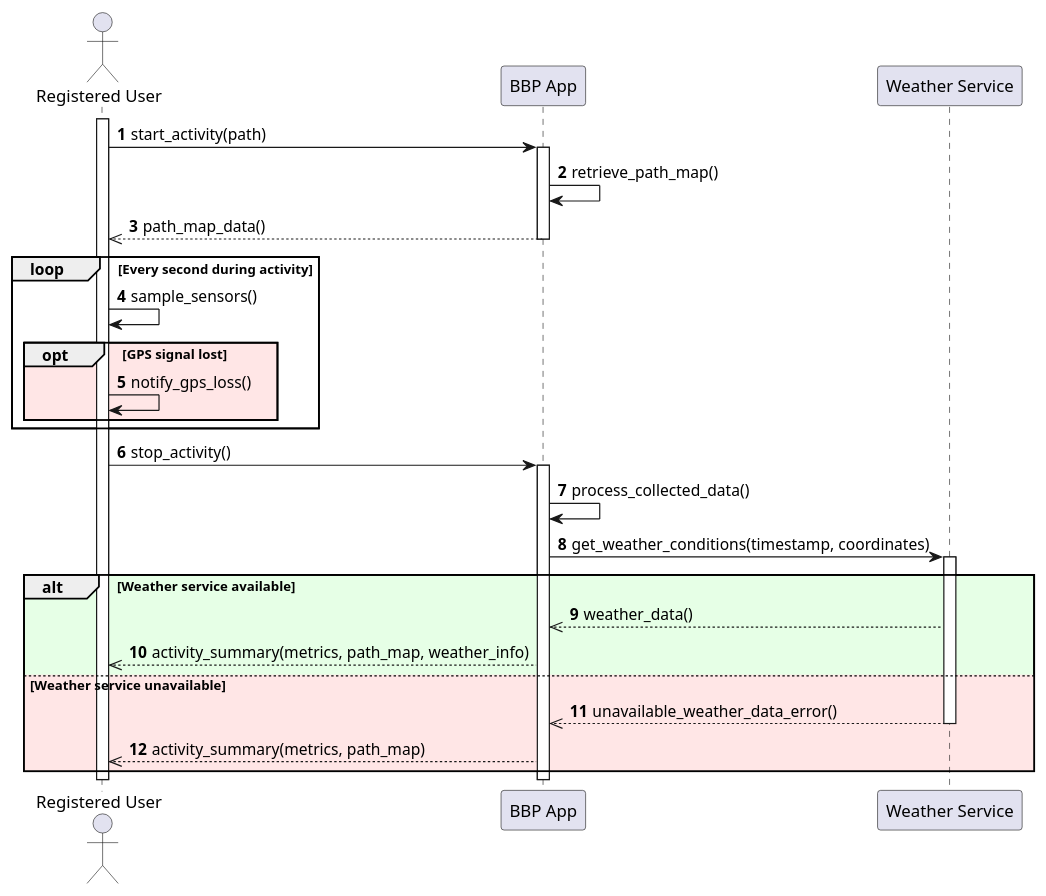
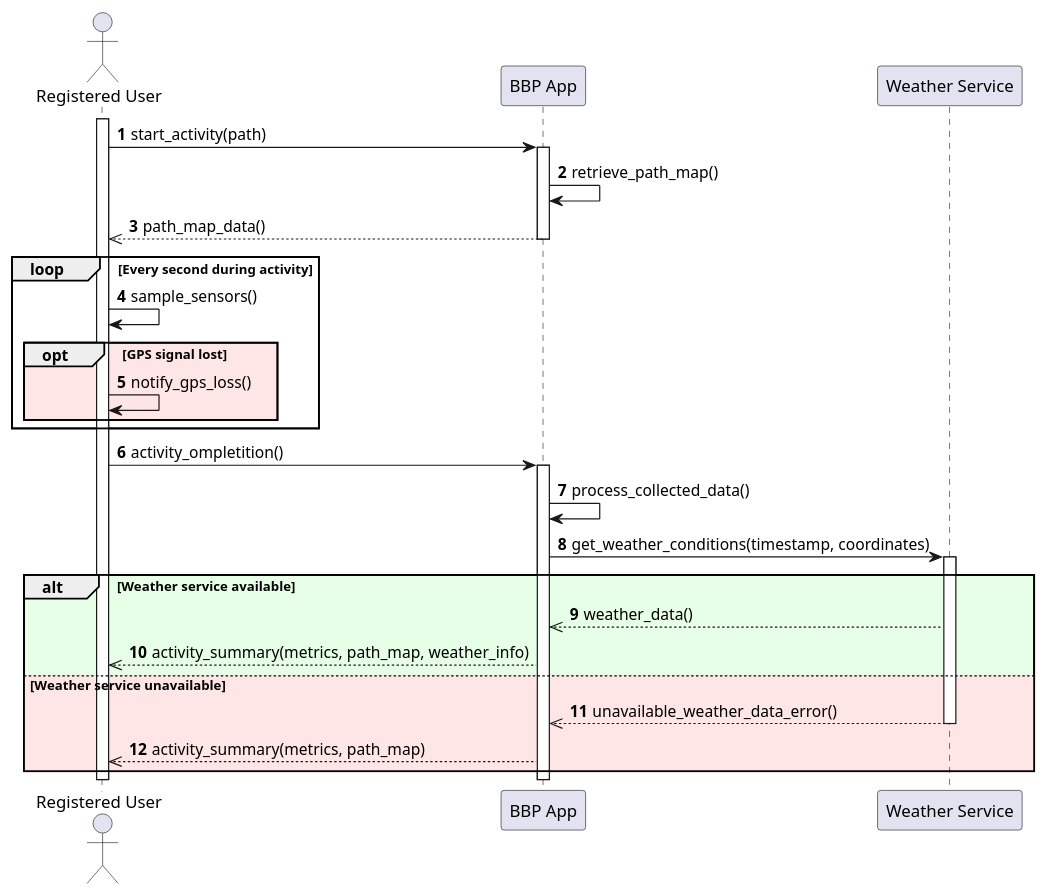
The diagram in diagrams/RASD/sequence diagram/UC10_sequence_diagram.puml (Guflie/PoliMi-SWE2-RDD-project), drawn with PlantUML before and after one commit. The commit also changed 16 other files, not shown here.

Commit message:
[RASD] Updated and fixed Sequence Diagrams

```diff
--- a/diagrams/RASD/sequence diagram/UC10_sequence_diagram.puml
+++ b/diagrams/RASD/sequence diagram/UC10_sequence_diagram.puml
@@ -1,44 +1,44 @@
 @startuml uc10_trip_monitoring
 actor "Registered User" as User
 participant "BBP App" as App
 participant "Weather Service" as Weather
 
 autonumber
 
 activate User
 
 User -> App : start_activity(path)
 activate App
 App -> App : retrieve_path_map()
 App -->> User : path_map_data()
 deactivate App
 
 loop Every second during activity
     User -> User : sample_sensors()
     
     opt #ffe6e6 GPS signal lost
         User -> User : notify_gps_loss()
     end
 end
 
-User -> App : stop_activity()
+User -> App : activity_ompletition()
 activate App
 
 App -> App : process_collected_data()
 
 App -> Weather : get_weather_conditions(timestamp, coordinates)
 activate Weather
 
 alt #e6ffe6 Weather service available
     Weather -->> App : weather_data()
     App -->> User : activity_summary(metrics, path_map, weather_info)
 
 else #ffe6e6 Weather service unavailable
     Weather -->> App : unavailable_weather_data_error()
     deactivate Weather
     App -->> User : activity_summary(metrics, path_map)
 end
 
 deactivate App
 deactivate User
 @enduml
```
